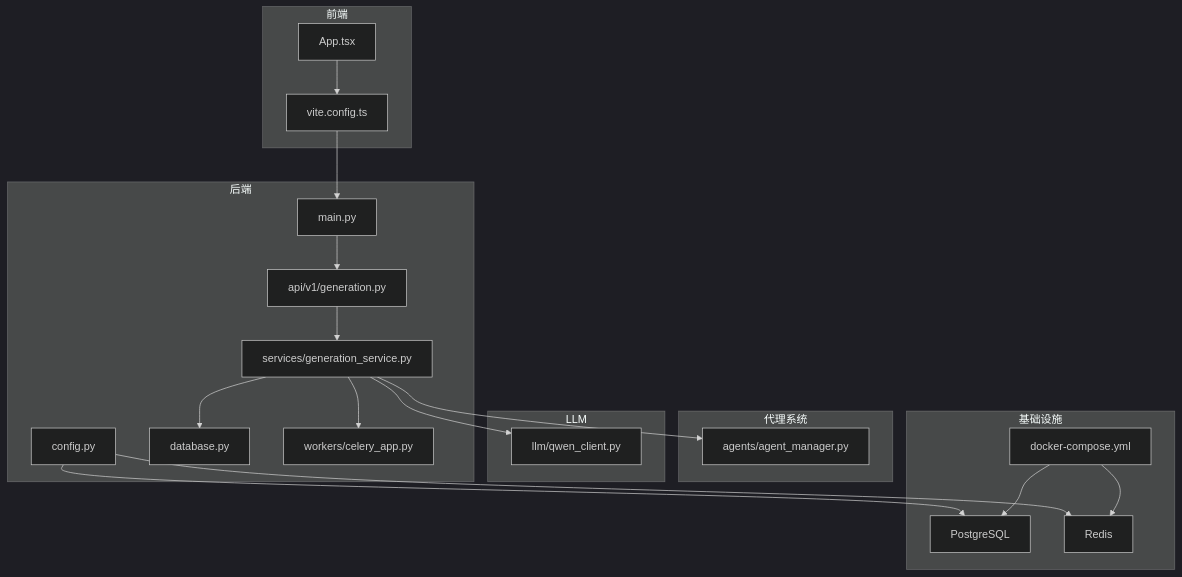
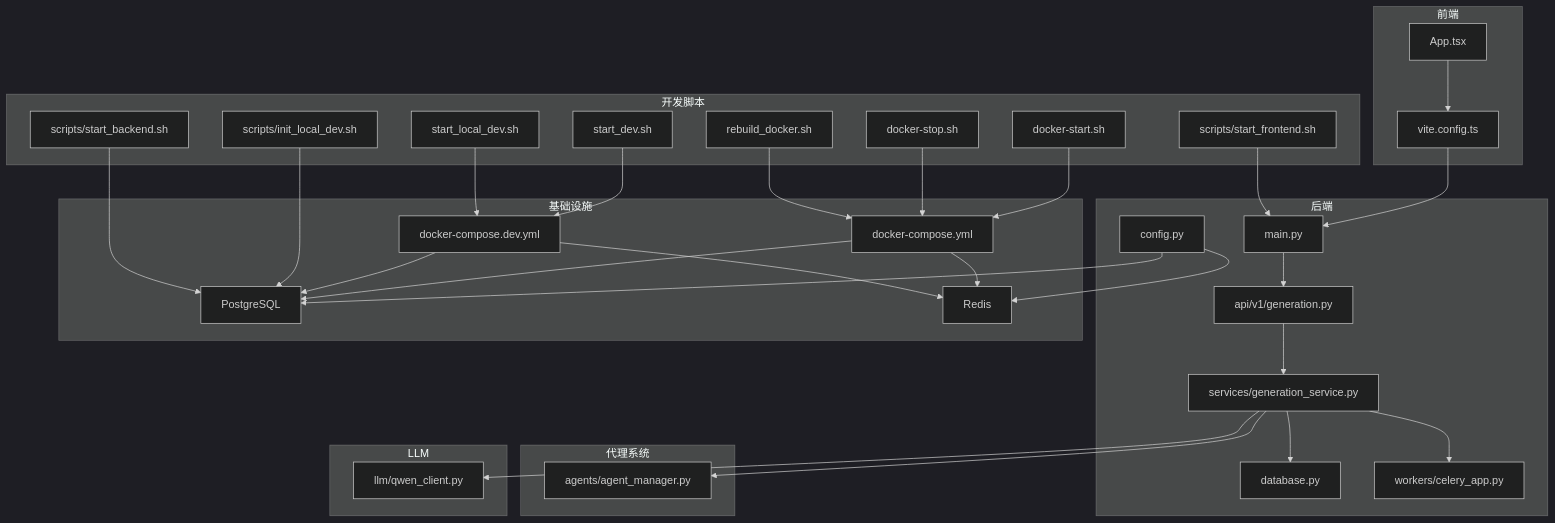
One commit to xfbyxq/ai-novel-system changed the first of 4 diagrams in .qoder/repowiki/zh/content/开发者指南/开发者指南.md. Above: the diagram before and after it, drawn with Mermaid (dark theme). The commit also changed other lines of this file and 8 other files, not shown here.

````diff
--- a/.qoder/repowiki/zh/content/开发者指南/开发者指南.md
+++ b/.qoder/repowiki/zh/content/开发者指南/开发者指南.md
@@ -50,38 +64,59 @@
 ```mermaid
 graph TB
 subgraph "前端"
 FE_App["App.tsx"]
 FE_Vite["vite.config.ts"]
 end
 subgraph "后端"
 BE_Main["main.py"]
 BE_Config["config.py"]
 BE_DB["database.py"]
 BE_API_Gen["api/v1/generation.py"]
 BE_Svc_Gen["services/generation_service.py"]
 BE_Celery["workers/celery_app.py"]
 end
 subgraph "代理系统"
 AG_Manager["agents/agent_manager.py"]
 end
 subgraph "LLM"
 LLM_Qwen["llm/qwen_client.py"]
 end
 subgraph "基础设施"
 DB["PostgreSQL"]
 REDIS["Redis"]
 DC["docker-compose.yml"]
+DEV_DC["docker-compose.dev.yml"]
+end
+subgraph "开发脚本"
+START_DEV["start_dev.sh"]
+START_LOCAL["start_local_dev.sh"]
+INIT_DEV["scripts/init_local_dev.sh"]
+START_BACKEND["scripts/start_backend.sh"]
+START_FRONTEND["scripts/start_frontend.sh"]
+DOCKER_START["docker-start.sh"]
+DOCKER_STOP["docker-stop.sh"]
+REBUILD_DOCKER["rebuild_docker.sh"]
 end
 FE_App --> FE_Vite
 FE_Vite --> BE_Main
 BE_Main --> BE_API_Gen
 BE_API_Gen --> BE_Svc_Gen
 BE_Svc_Gen --> AG_Manager
 BE_Svc_Gen --> LLM_Qwen
 BE_Svc_Gen --> BE_DB
 BE_Svc_Gen --> BE_Celery
 BE_Config --> DB
 BE_Config --> REDIS
 DC --> DB
 DC --> REDIS
+DEV_DC --> DB
+DEV_DC --> REDIS
+START_DEV --> DEV_DC
+START_LOCAL --> DEV_DC
+INIT_DEV --> DB
+START_BACKEND --> DB
+START_FRONTEND --> BE_Main
+DOCKER_START --> DC
+DOCKER_STOP --> DC
+REBUILD_DOCKER --> DC
 ```
````
